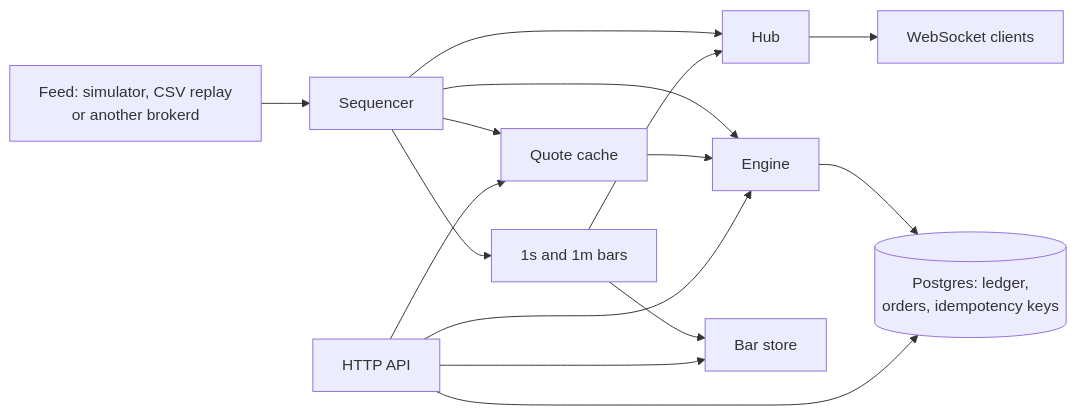
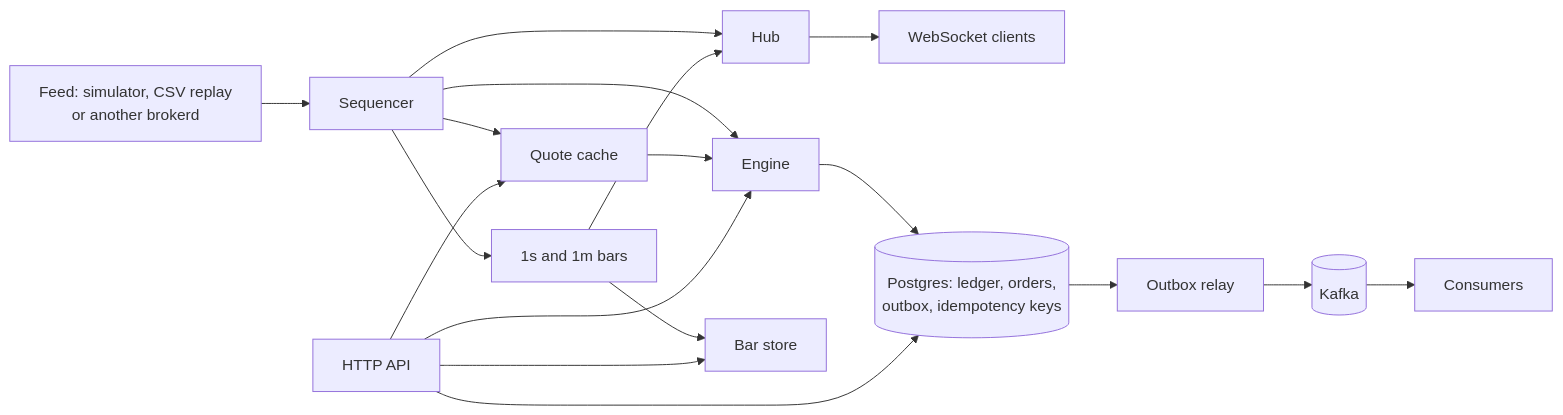
One commit to AmrMady/brokerd changed the diagram in README.md. Above: the diagram before and after it, drawn with Mermaid. The commit also changed other lines of this file, not shown here.

Commit message:
Describe the outbox in the README

````diff
--- a/README.md
+++ b/README.md
@@ -11,17 +12,20 @@
 ```mermaid
 flowchart LR
     feed["Feed: simulator, CSV replay<br/>or another brokerd"] --> seq[Sequencer]
     seq --> quotes[Quote cache]
     seq --> engine[Engine]
     seq --> bars[1s and 1m bars]
     seq --> hub[Hub]
     bars --> hub
     bars --> store[Bar store]
     quotes --> engine
     hub --> ws[WebSocket clients]
     api[HTTP API] --> engine
     api --> quotes
     api --> store
-    engine --> pg[("Postgres: ledger,<br/>orders, idempotency keys")]
+    engine --> pg[("Postgres: ledger, orders,<br/>outbox, idempotency keys")]
     api --> pg
+    pg --> relay[Outbox relay]
+    relay --> kafka[(Kafka)]
+    kafka --> consumers[Consumers]
 ```
````
